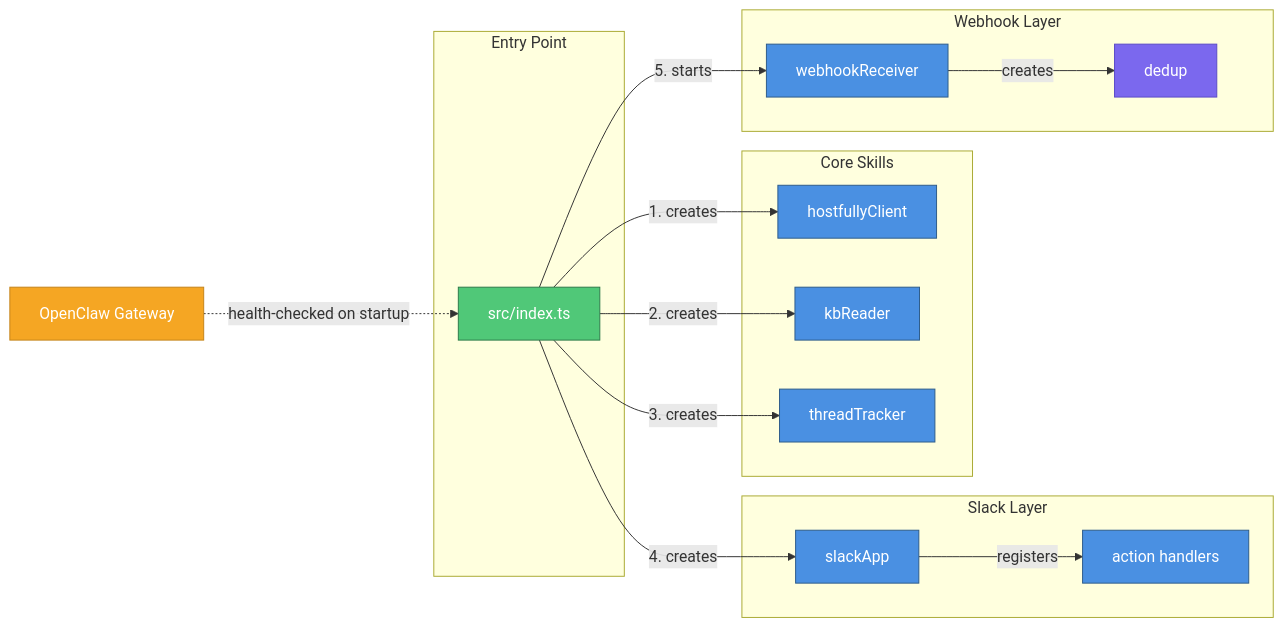
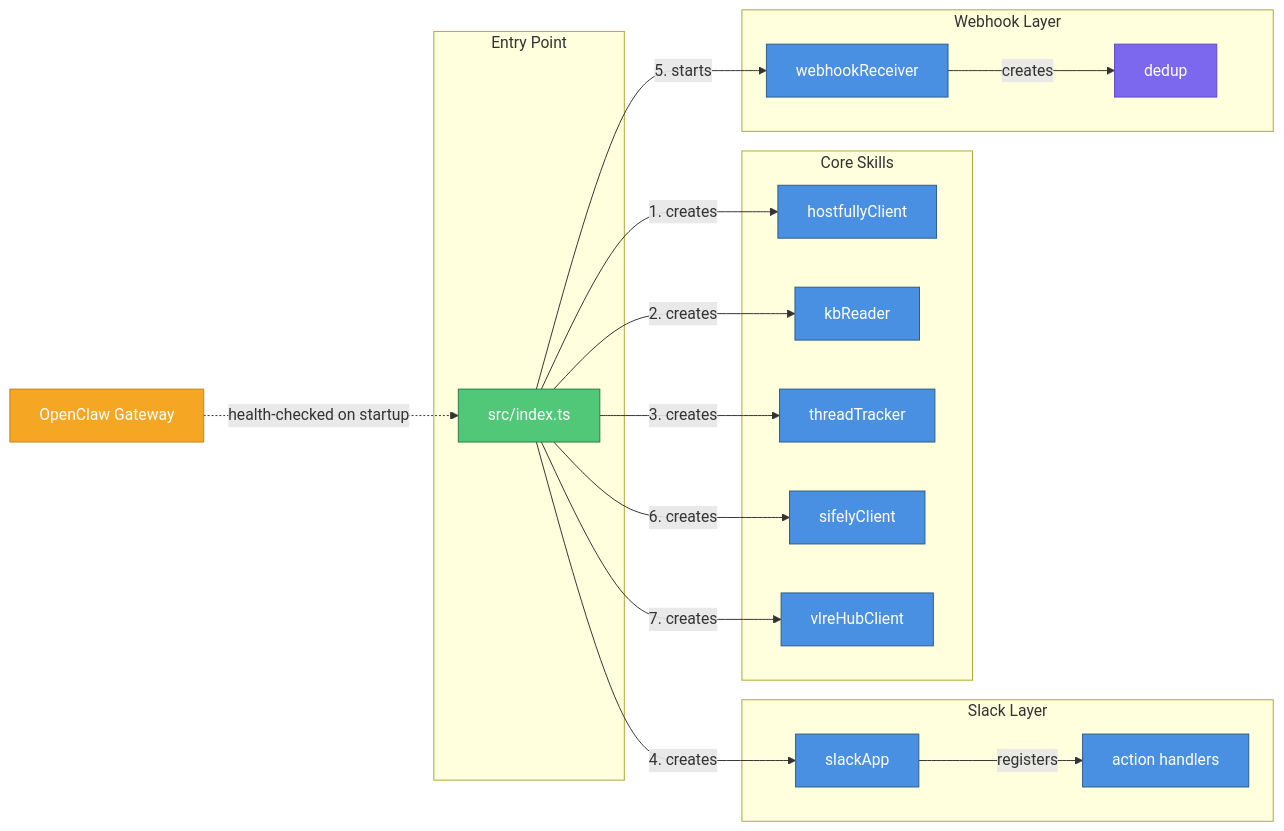
The second of 11 diagrams in docs/2026-03-18-1312-architecture.md (viiqswim/vlre-ai-employee), drawn with Mermaid before and after one commit. The commit also changed other lines of this file and 1 other file, not shown here.

Commit message:
docs: update architecture + add Sifely lock integration feature doc

````diff
--- a/docs/2026-03-18-1312-architecture.md
+++ b/docs/2026-03-18-1312-architecture.md
@@ -72,43 +76,47 @@
 ```mermaid
 graph LR
     subgraph "Entry Point"
         IDX[src/index.ts]
     end
 
     subgraph "Core Skills"
         HC[hostfullyClient]
         KB[kbReader]
         TT[threadTracker]
+        SC2[sifelyClient]
+        VH[vlreHubClient]
     end
 
     subgraph "Slack Layer"
         SLK[slackApp]
         HDL[action handlers]
     end
 
     subgraph "Webhook Layer"
         WR[webhookReceiver]
         DD[dedup]
     end
 
     OC[OpenClaw Gateway]
 
     IDX -->|"1. creates"| HC
     IDX -->|"2. creates"| KB
     IDX -->|"3. creates"| TT
     IDX -->|"4. creates"| SLK
     SLK -->|"registers"| HDL
     IDX -->|"5. starts"| WR
     WR -->|"creates"| DD
+    IDX -->|"6. creates"| SC2
+    IDX -->|"7. creates"| VH
     OC -.->|"health-checked on startup"| IDX
 
     classDef event fill:#50C878,stroke:#2D7A4A,color:#fff
     classDef service fill:#4A90E2,stroke:#2E5C8A,color:#fff
     classDef storage fill:#7B68EE,stroke:#5B4BC7,color:#fff
     classDef external fill:#F5A623,stroke:#C4841A,color:#fff
 
     class IDX event
-    class HC,KB,TT,SLK,WR,HDL service
+    class HC,KB,TT,SLK,WR,HDL,SC2,VH service
     class DD storage
     class OC external
 ```
````
